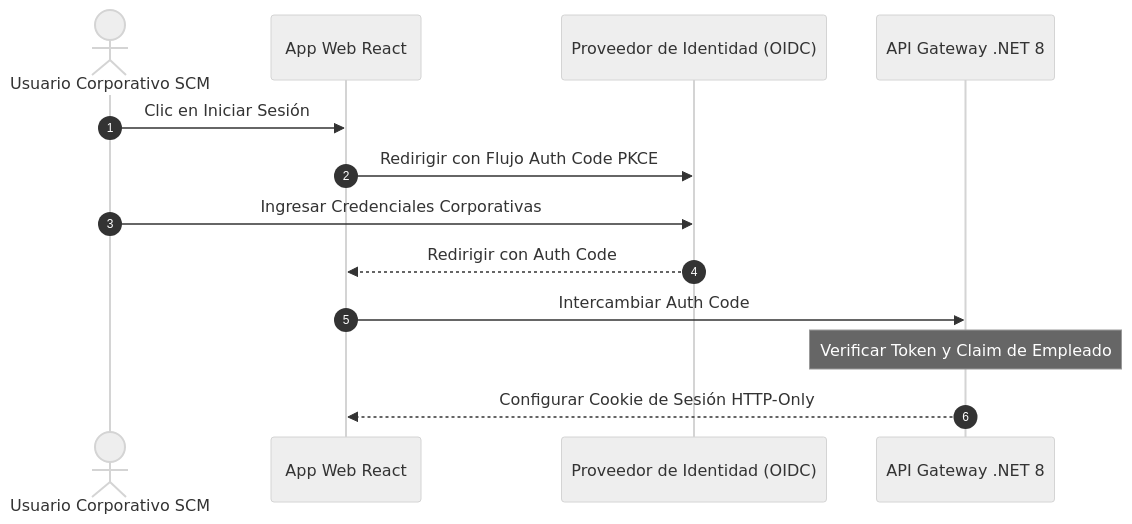
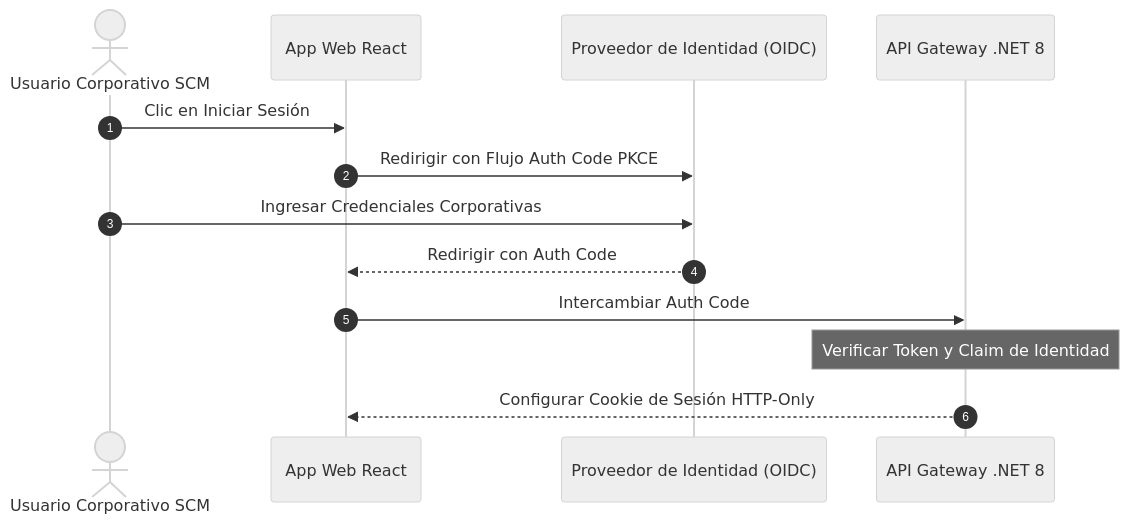
One commit to beyondnetcode/ums changed the diagram in src/ums-workspace/docs/es/01-requirements/functional-stories/fs-01-user-authentication.md. Above: the diagram before and after it, drawn with Mermaid (neutral theme). The commit also changed other lines of this file and 13 other files, not shown here.

````diff
--- a/src/ums-workspace/docs/es/01-requirements/functional-stories/fs-01-user-authentication.md
+++ b/src/ums-workspace/docs/es/01-requirements/functional-stories/fs-01-user-authentication.md
@@ -20,16 +20,16 @@
 ```mermaid
 sequenceDiagram
     autonumber
     actor User as Usuario Corporativo SCM
     participant Web as App Web React
     participant IdP as Proveedor de Identidad (OIDC)
     participant API as API Gateway .NET 8
 
     User->>Web: Clic en Iniciar Sesión
     Web->>IdP: Redirigir con Flujo Auth Code PKCE
     User->>IdP: Ingresar Credenciales Corporativas
     IdP-->>Web: Redirigir con Auth Code
     Web->>API: Intercambiar Auth Code
-    Note over API: Verificar Token y Claim de Empleado
+    Note over API: Verificar Token y Claim de Identidad
     API-->>Web: Configurar Cookie de Sesión HTTP-Only
 ```
````
